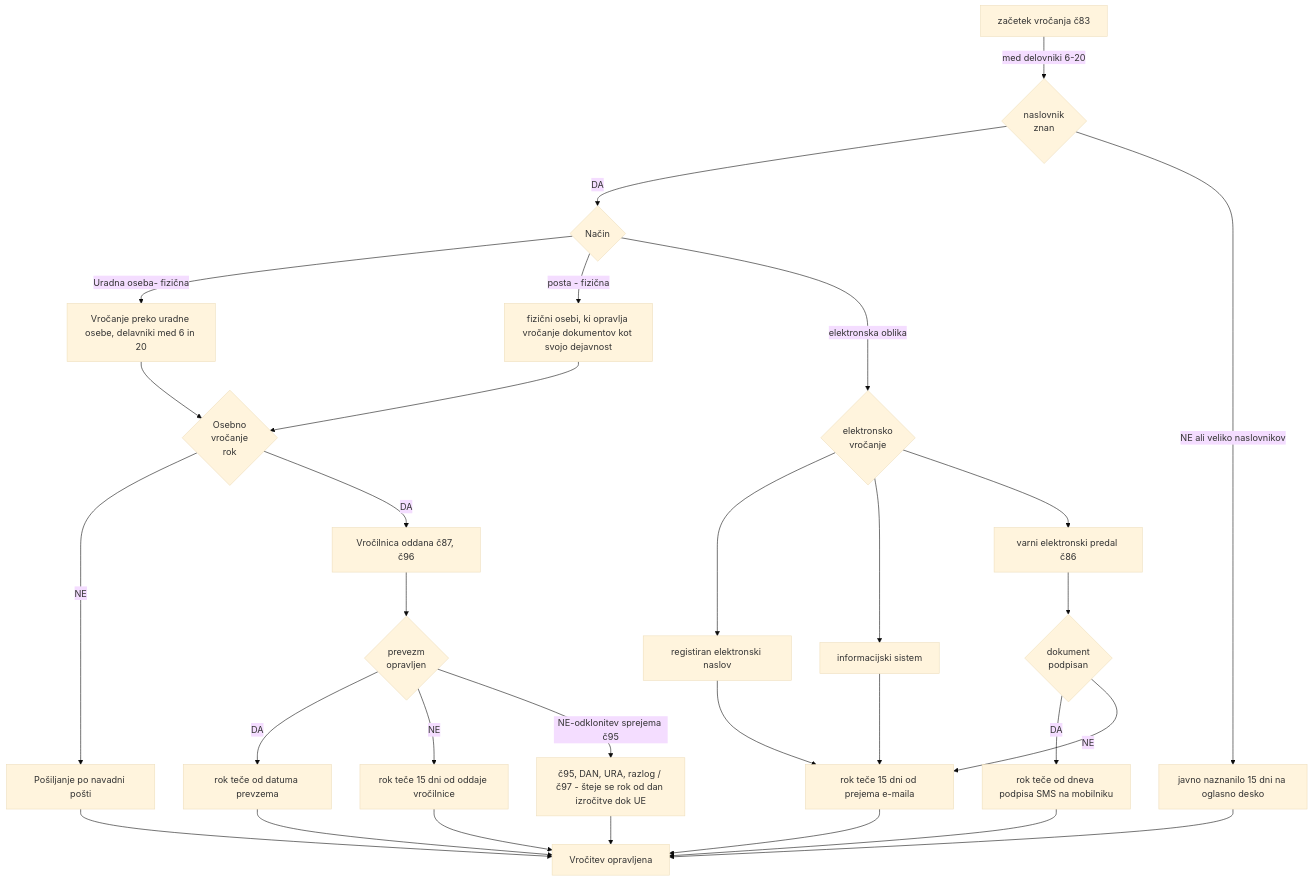
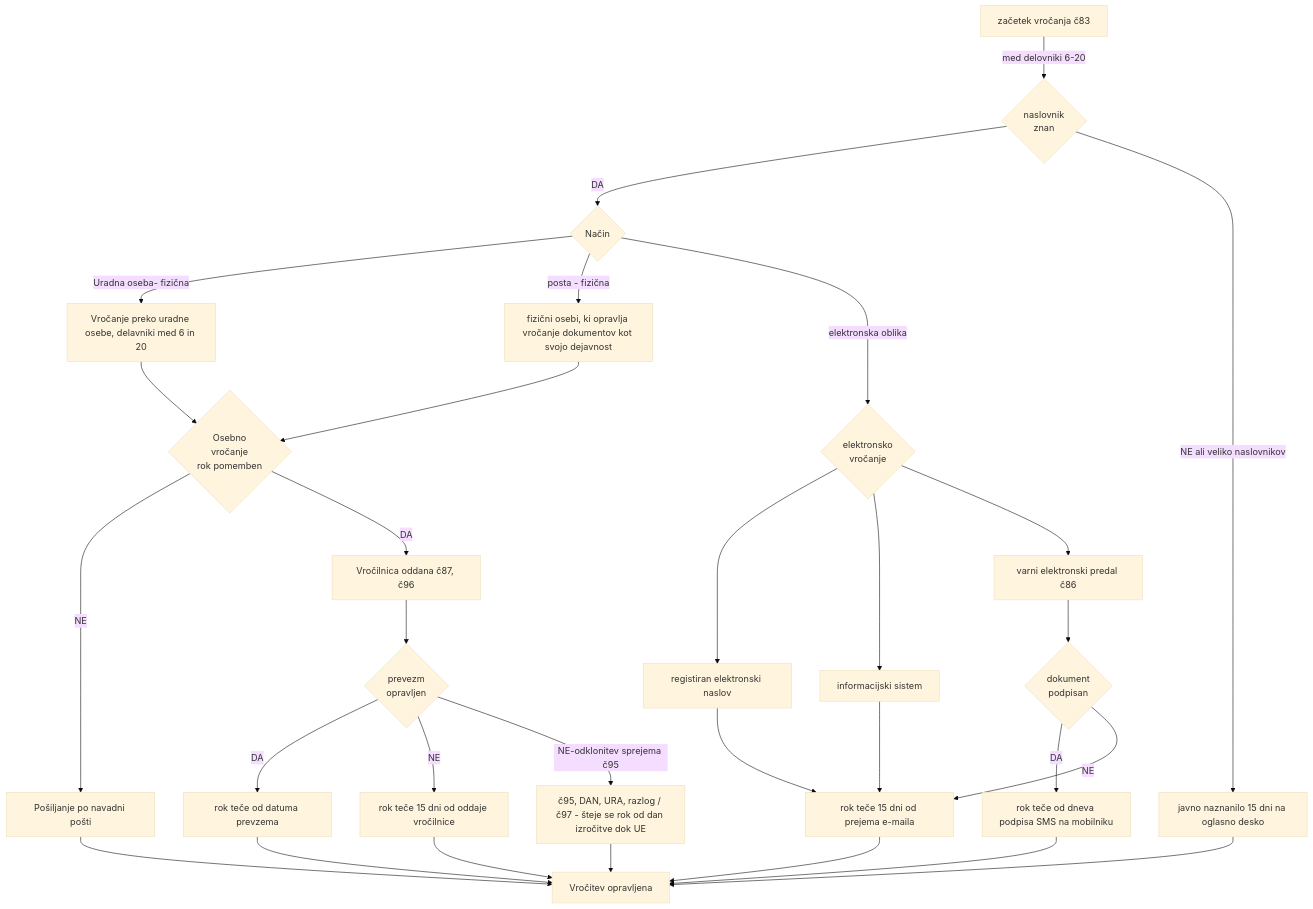
The diagram in podprocesi/vrocanje.md (jernejiv/ZUP), drawn with Mermaid (base theme) before and after one commit.

Commit message:
Update vrocanje.md - manjši popravek

````diff
--- a/podprocesi/vrocanje.md
+++ b/podprocesi/vrocanje.md
@@ -5,36 +5,36 @@
 ```mermaid
 flowchart
 A[začetek vročanja č83]
 A E1@--> |med delovniki 6-20| NZ{naslovnik<BR> znan}
 NZ E1@--> |DA| KV{Način}
     KV --> |Uradna oseba-  fizična| VUO[Vročanje preko uradne osebe, delavniki med 6 in 20]
         VUO -->  FO
     KV --> |posta - fizična| VDEJ[fizični osebi, ki opravlja vročanje dokumentov kot svojo dejavnost]
         VDEJ --> FO
-        FO{Osebno<BR> vročanje<BR> rok}
+        FO{Osebno<BR> vročanje<BR> rok pomemben}
         FO --> |NE| PNOV[Pošiljanje po navadni pošti]
             PNOV --> VRO
         FO --> |DA| VO[Vročilnica oddana č87, č96]
             VO --> PO{prevezm<BR> opravljen}
             PO --> |DA| X[rok teče od datuma prevzema]
             PO --> |NE| X1[rok teče 15 dni od oddaje vročilnice]
             PO --> |NE-odklonitev sprejema č95| X2[č95, DAN, URA, razlog / č97 - šteje se rok od dan izročitve dok UE]
     KV --> |elektronska oblika| EO{elektronsko<BR> vročanje}
         EO --> REN[registiran elektronski naslov]
             REN --> Y1
         EO --> IS[informacijski sistem]
             IS --> Y1
         EO --> VEP[varni elektronski predal č86]
             VEP --> DP{dokument<BR> podpisan}
                 DP --> |DA| Y[rok teče od dneva podpisa SMS na mobilniku]
                 DP --> |NE| Y1[rok teče 15 dni od prejema e-maila]
     X --> VRO
     X1 --> VRO
     X2 --> VRO
     Y --> VRO
     Y1 --> VRO
 NZ --> |NE ali veliko naslovnikov| JN[javno naznanilo 15 dni na oglasno desko]
     JN --> VRO
 VRO[Vročitev opravljena]
 style E1 color:red
 ```
````
